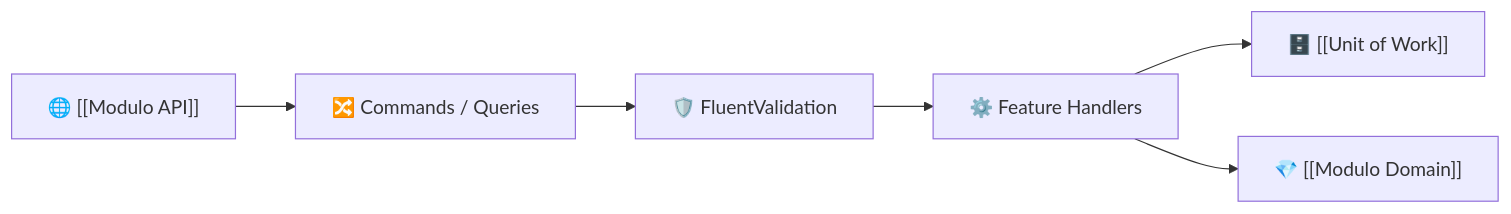
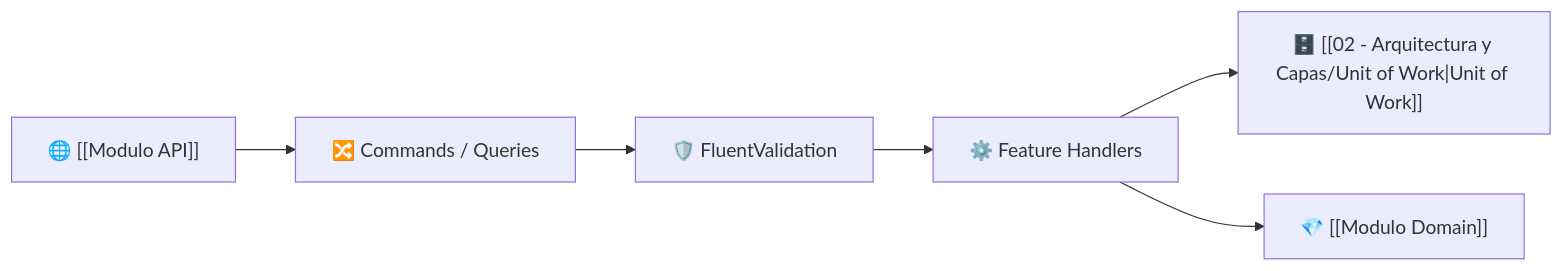
One commit to ShaguittoScot/Slotify_back changed the diagram in docs/02 - Arquitectura y Capas/Modulo Application.md. Above: the diagram before and after it, drawn with Mermaid. The commit also changed other lines of this file and 104 other files, not shown here.

````diff
--- a/docs/02 - Arquitectura y Capas/Modulo Application.md
+++ b/docs/02 - Arquitectura y Capas/Modulo Application.md
@@ -42,8 +42,8 @@
 ```mermaid
 graph LR
     API["🌐 [[Modulo API]]"] --> CQRS["🔀 Commands / Queries"]
     CQRS --> Validation["🛡️ FluentValidation"]
     Validation --> Handlers["⚙️ Feature Handlers"]
-    Handlers --> UOW["🗄️ [[Unit of Work]]"]
+    Handlers --> UOW["🗄️ [[02 - Arquitectura y Capas/Unit of Work|Unit of Work]]"]
     Handlers --> Domain["💎 [[Modulo Domain]]"]
 ```
````
